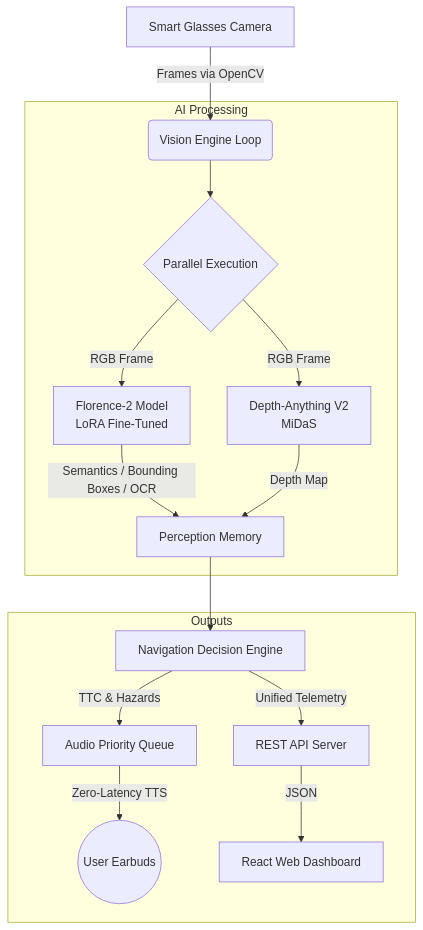
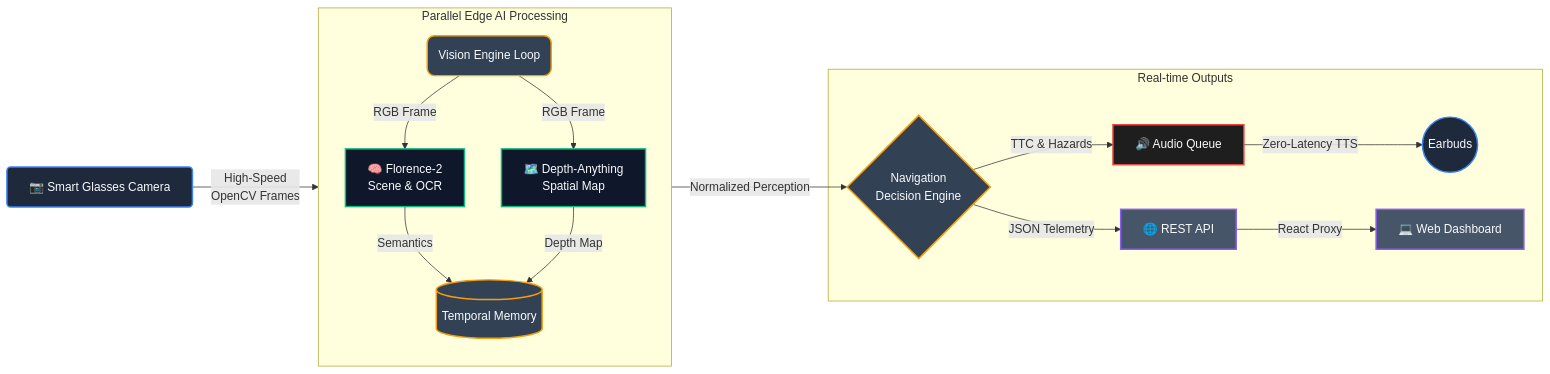
One commit to angelverman2021-a11y/TEAM-COOKIE-ANGEL-VERMAN changed the first of 2 diagrams in README.md. Above: the diagram before and after it, drawn with Mermaid.

Commit message:
Style: Upgrade System Data Flow chart to professional LR layout with node styling

````diff
--- a/README.md
+++ b/README.md
@@ -18,21 +18,28 @@
 ```mermaid
-graph TD
-    A[Smart Glasses Camera] -->|Frames via OpenCV| B(Vision Engine Loop)
+flowchart LR
+    %% Professional Styling
+    classDef hardware fill:#1e293b,stroke:#3b82f6,stroke-width:2px,color:#f8fafc,rx:5px,ry:5px
+    classDef aiModel fill:#0f172a,stroke:#10b981,stroke-width:2px,color:#f8fafc
+    classDef engine fill:#334155,stroke:#f59e0b,stroke-width:2px,color:#f8fafc,rx:10px,ry:10px
+    classDef output fill:#1e1e1e,stroke:#ef4444,stroke-width:2px,color:#f8fafc
+    classDef api fill:#475569,stroke:#8b5cf6,stroke-width:2px,color:#f8fafc
     
-    subgraph AI Processing
-        B --> C{Parallel Execution}
-        C -->|RGB Frame| D[Florence-2 Model<br>LoRA Fine-Tuned]
-        C -->|RGB Frame| E[Depth-Anything V2<br>MiDaS]
-        D -->|Semantics / Bounding Boxes / OCR| F[Perception Memory]
-        E -->|Depth Map| F
+    A[📷 Smart Glasses Camera]:::hardware -->|High-Speed<br>OpenCV Frames| B(Vision Engine Loop):::engine
+    
+    subgraph Parallel Edge AI Processing
+        direction TB
+        B -->|RGB Frame| C[🧠 Florence-2<br>Scene & OCR]:::aiModel
+        B -->|RGB Frame| D[🗺️ Depth-Anything<br>Spatial Map]:::aiModel
+        C -->|Semantics| E[(Temporal Memory)]:::engine
+        D -->|Depth Map| E
     end
 
-    F --> G[Navigation Decision Engine]
+    E -->|Normalized Perception| F{Navigation<br>Decision Engine}:::engine
     
-    subgraph Outputs
-        G -->|TTC & Hazards| H[Audio Priority Queue]
-        H -->|Zero-Latency TTS| I((User Earbuds))
-        G -->|Unified Telemetry| J[REST API Server]
-        J -->|JSON| K[React Web Dashboard]
+    subgraph Real-time Outputs
+        F -->|TTC & Hazards| G[🔊 Audio Queue]:::output
+        G -->|Zero-Latency TTS| H((Earbuds)):::hardware
+        F -->|JSON Telemetry| I[🌐 REST API]:::api
+        I -->|React Proxy| J[💻 Web Dashboard]:::api
     end
 ```
````
